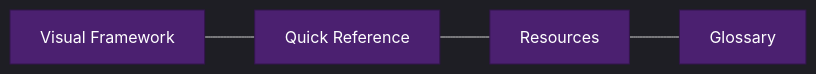
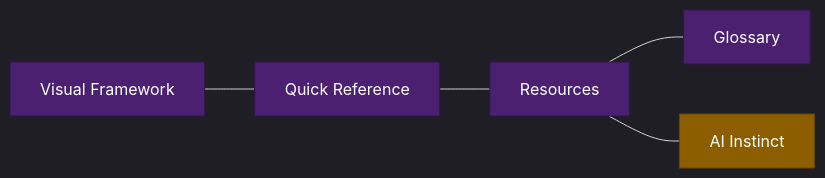
The second of 2 diagrams in README.md (microsoft/Microsoft-AI-Decision-Framework), drawn with Mermaid before and after one commit. The commit also changed other lines of this file and 7 other files, not shown here.

````diff
--- a/README.md
+++ b/README.md
@@ -95,20 +95,24 @@
 ```mermaid
 %%{init: {'theme':'dark'}}%%
 flowchart LR
     VF["Visual Framework"]
     QR["Quick Reference"]
     RES["Resources"]
     GLOS["Glossary"]
+    AI["AI Instinct"]
 
     VF --- QR --- RES --- GLOS
+    RES --- AI
 
     style VF fill:#4b2070,stroke:#33154c,color:#fff
     style QR fill:#4b2070,stroke:#33154c,color:#fff
     style RES fill:#4b2070,stroke:#33154c,color:#fff
     style GLOS fill:#4b2070,stroke:#33154c,color:#fff
+    style AI fill:#8c5e00,stroke:#6a4700,color:#fff
 
     click VF "{{ site.baseurl }}/docs/visual-framework" "Open Visual Framework" _self
     click QR "{{ site.baseurl }}/docs/quick-reference" "Open Quick Reference" _self
     click RES "{{ site.baseurl }}/docs/resources" "Open Resources" _self
     click GLOS "{{ site.baseurl }}/docs/glossary" "Open Glossary" _self
+    click AI "{{ site.baseurl }}/docs/ai-instinct" "Open AI Instinct" _self
 ```
````
